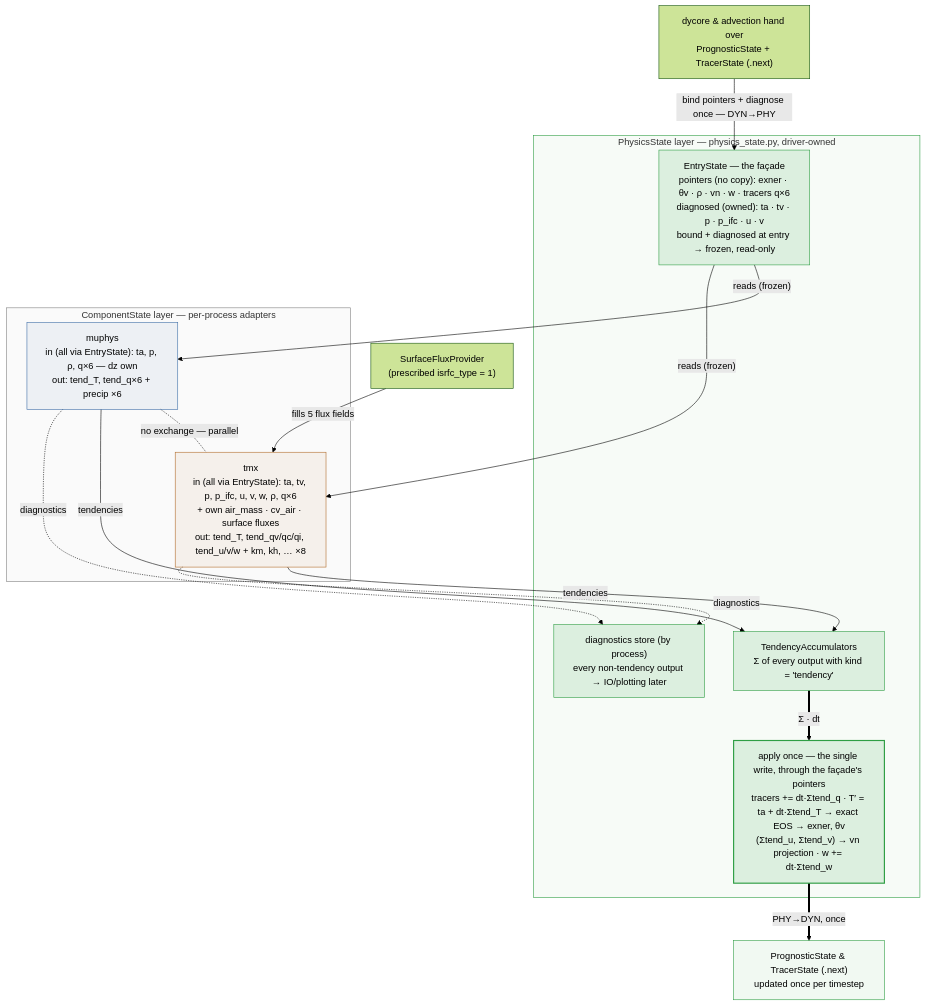
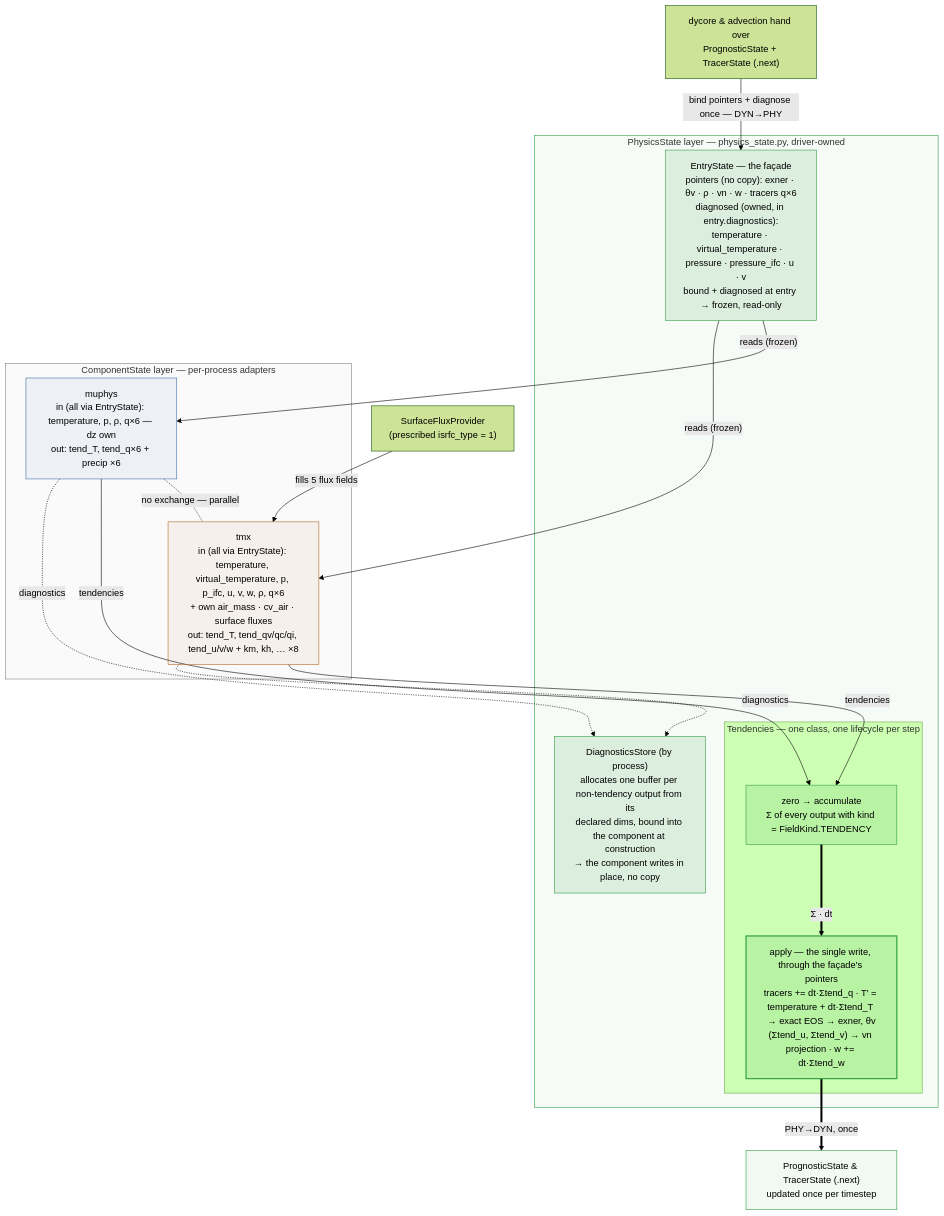
The third of 3 diagrams in content/personal/Yilu/physics-interface-current-design.md (C2SM/icon4py-knowledge), drawn with Mermaid (forest theme) before and after one commit. The commit also changed other lines of this file, not shown here.

````diff
--- a/content/personal/Yilu/physics-interface-current-design.md
+++ b/content/personal/Yilu/physics-interface-current-design.md
@@ -106,38 +118,40 @@
 ```mermaid
 flowchart TD
     H["dycore & advection hand over<br/>PrognosticState + TracerState (.next)"]
     subgraph L["PhysicsState layer — physics_state.py, driver-owned"]
-      E["EntryState — the façade<br/>pointers (no copy): exner · θv · ρ · vn · w · tracers q×6<br/>diagnosed (owned): ta · tv · p · p_ifc · u · v<br/>bound + diagnosed at entry → frozen, read-only"]
-      ACC["TendencyAccumulators<br/>Σ of every output with kind = 'tendency'"]
-      DIA["diagnostics store (by process)<br/>every non-tendency output → IO/plotting later"]
-      APP["apply once — the single write, through the façade's pointers<br/>tracers += dt·Σtend_q · T′ = ta + dt·Σtend_T → exact EOS → exner, θv<br/>(Σtend_u, Σtend_v) → vn projection · w += dt·Σtend_w"]
+      E["EntryState — the façade<br/>pointers (no copy): exner · θv · ρ · vn · w · tracers q×6<br/>diagnosed (owned, in entry.diagnostics):<br/>temperature · virtual_temperature · pressure · pressure_ifc · u · v<br/>bound + diagnosed at entry → frozen, read-only"]
+      subgraph TND["Tendencies — one class, one lifecycle per step"]
+        ACC["zero → accumulate<br/>Σ of every output with kind = FieldKind.TENDENCY"]
+        APP["apply — the single write, through the façade's pointers<br/>tracers += dt·Σtend_q · T′ = temperature + dt·Σtend_T → exact EOS → exner, θv<br/>(Σtend_u, Σtend_v) → vn projection · w += dt·Σtend_w"]
+      end
+      DIA["DiagnosticsStore (by process)<br/>allocates one buffer per non-tendency output from its<br/>declared dims, bound into the component at construction<br/>→ the component writes in place, no copy"]
     end
     subgraph C["ComponentState layer — per-process adapters"]
-      MU["muphys<br/>in (all via EntryState): ta, p, ρ, q×6 — dz own<br/>out: tend_T, tend_q×6 + precip ×6"]
-      TX["tmx<br/>in (all via EntryState): ta, tv, p, p_ifc, u, v, w, ρ, q×6<br/>+ own air_mass · cv_air · surface fluxes<br/>out: tend_T, tend_qv/qc/qi, tend_u/v/w + km, kh, … ×8"]
+      MU["muphys<br/>in (all via EntryState): temperature, p, ρ, q×6 — dz own<br/>out: tend_T, tend_q×6 + precip ×6"]
+      TX["tmx<br/>in (all via EntryState): temperature, virtual_temperature, p, p_ifc, u, v, w, ρ, q×6<br/>+ own air_mass · cv_air · surface fluxes<br/>out: tend_T, tend_qv/qc/qi, tend_u/v/w + km, kh, … ×8"]
     end
     SF["SurfaceFluxProvider<br/>(prescribed isrfc_type = 1)"]
     OUT["PrognosticState & TracerState (.next)<br/>updated once per timestep"]
 
     H -->|"bind pointers + diagnose once — DYN→PHY"| E
     E -->|"reads (frozen)"| MU
     E -->|"reads (frozen)"| TX
     SF -->|"fills 5 flux fields"| TX
     MU -. "no exchange — parallel" .- TX
     MU -->|"tendencies"| ACC
     TX -->|"tendencies"| ACC
     MU -.->|"diagnostics"| DIA
     TX -.->|"diagnostics"| DIA
     ACC ==>|"Σ · dt"| APP
     APP ==>|"PHY→DYN, once"| OUT
 
     style L fill:#2F9E440A,stroke:#2F9E44
     style C fill:#8080800A,stroke:#808080
     style E fill:#2F9E4422,stroke:#2F9E44
     style ACC fill:#2F9E4422,stroke:#2F9E44
     style DIA fill:#2F9E4422,stroke:#2F9E44
     style APP fill:#2F9E4422,stroke:#2F9E44,stroke-width:2px
     style MU fill:#3D6DA611,stroke:#3D6DA6
     style TX fill:#B06A2811,stroke:#B06A28
     style OUT fill:#2F9E4411,stroke:#2F9E44
 ```
````
